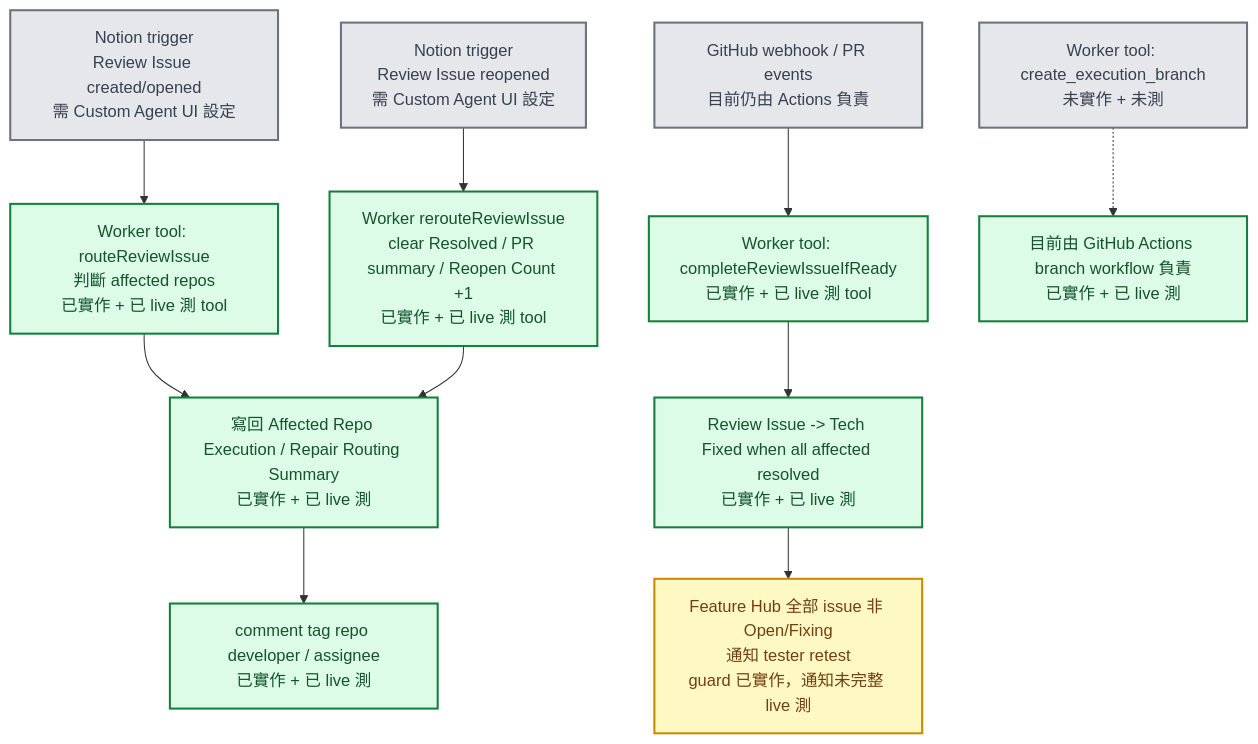
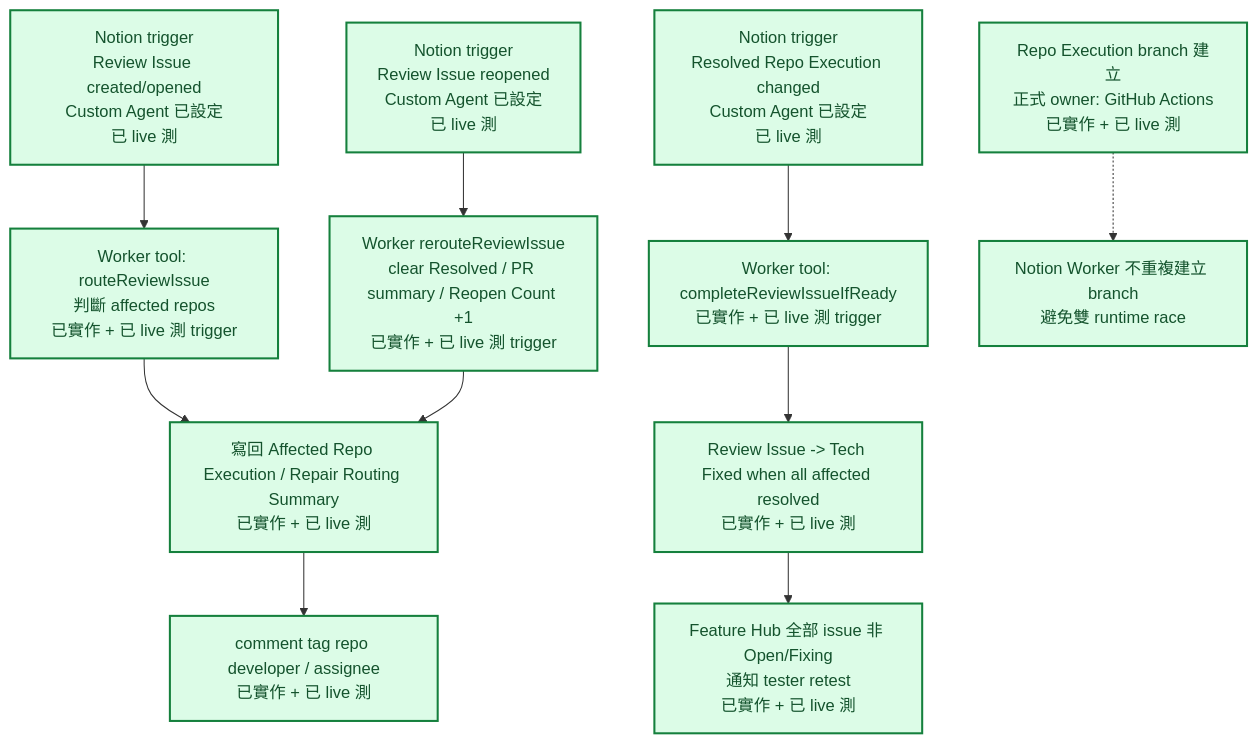
Before and after one commit to ARTOGO/github-docs: the seventh of 8 diagrams in docs/notion-automation-flow-map.md, drawn with Mermaid. The commit also changed other lines of this file and 9 other files, not shown here.

Commit message:
Complete Notion Worker agent flow validation

````diff
--- a/docs/notion-automation-flow-map.md
+++ b/docs/notion-automation-flow-map.md
@@ -178,20 +175,18 @@
 ```mermaid
 flowchart TD
-  triggerCreate["Notion trigger<br/>Review Issue created/opened<br/>需 Custom Agent UI 設定"] --> routeTool["Worker tool: routeReviewIssue<br/>判斷 affected repos<br/>已實作 + 已 live 測 tool"]
+  triggerCreate["Notion trigger<br/>Review Issue created/opened<br/>Custom Agent 已設定<br/>已 live 測"] --> routeTool["Worker tool: routeReviewIssue<br/>判斷 affected repos<br/>已實作 + 已 live 測 trigger"]
   routeTool --> writeAffected["寫回 Affected Repo Execution / Repair Routing Summary<br/>已實作 + 已 live 測"]
   writeAffected --> notifyDev["comment tag repo developer / assignee<br/>已實作 + 已 live 測"]
-  triggerReopen["Notion trigger<br/>Review Issue reopened<br/>需 Custom Agent UI 設定"] --> reroute["Worker rerouteReviewIssue<br/>clear Resolved / PR summary / Reopen Count +1<br/>已實作 + 已 live 測 tool"]
+  triggerReopen["Notion trigger<br/>Review Issue reopened<br/>Custom Agent 已設定<br/>已 live 測"] --> reroute["Worker rerouteReviewIssue<br/>clear Resolved / PR summary / Reopen Count +1<br/>已實作 + 已 live 測 trigger"]
   reroute --> writeAffected
-  githubWebhook["GitHub webhook / PR events<br/>目前仍由 Actions 負責"] --> completeTool["Worker tool: completeReviewIssueIfReady<br/>已實作 + 已 live 測 tool"]
+  resolvedTrigger["Notion trigger<br/>Resolved Repo Execution changed<br/>Custom Agent 已設定<br/>已 live 測"] --> completeTool["Worker tool: completeReviewIssueIfReady<br/>已實作 + 已 live 測 trigger"]
   completeTool --> issueDone["Review Issue -> Tech Fixed when all affected resolved<br/>已實作 + 已 live 測"]
-  issueDone --> retestNotify["Feature Hub 全部 issue 非 Open/Fixing<br/>通知 tester retest<br/>guard 已實作，通知未完整 live 測"]
-  branchTool["Worker tool: create_execution_branch<br/>未實作 + 未測"] -.-> currentBranch["目前由 GitHub Actions branch workflow 負責<br/>已實作 + 已 live 測"]
+  issueDone --> retestNotify["Feature Hub 全部 issue 非 Open/Fixing<br/>通知 tester retest<br/>已實作 + 已 live 測"]
+  branchOwner["Repo Execution branch 建立<br/>正式 owner: GitHub Actions<br/>已實作 + 已 live 測"] -.-> currentBranch["Notion Worker 不重複建立 branch<br/>避免雙 runtime race"]
 
   classDef done fill:#dcfce7,stroke:#15803d,color:#14532d,stroke-width:2px
   classDef partial fill:#fef9c3,stroke:#ca8a04,color:#713f12,stroke-width:2px
   classDef todo fill:#e5e7eb,stroke:#6b7280,color:#374151,stroke-width:2px
 
-  class routeTool,writeAffected,notifyDev,reroute,completeTool,issueDone,currentBranch done
-  class retestNotify partial
-  class triggerCreate,triggerReopen,githubWebhook,branchTool todo
+  class triggerCreate,routeTool,writeAffected,notifyDev,triggerReopen,reroute,resolvedTrigger,completeTool,issueDone,retestNotify,branchOwner,currentBranch done
 ```
````
